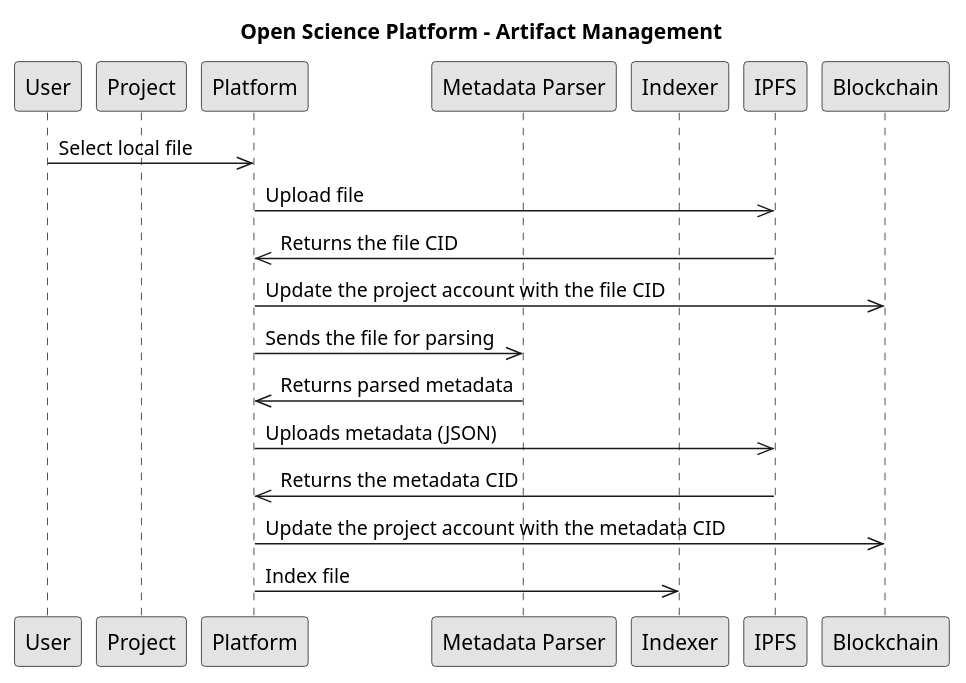
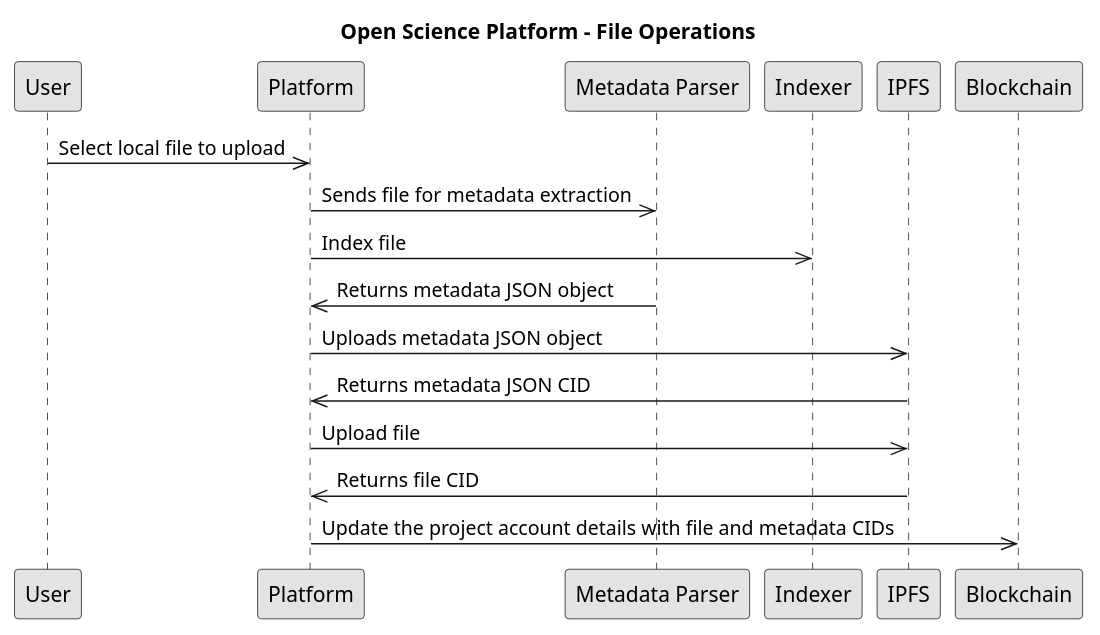
The diagram in diagrams/plantUML/c4_platform_operations_2.wsd (OliveiraEdu/d-OSP), drawn with PlantUML before and after one commit. The commit also changed 10 other files, not shown here.

Commit message:
1 - Updating artifact.tex 2 - Inserting new C4 PlantUML diagrams

```diff
--- a/diagrams/plantUML/c4_platform_operations_2.wsd
+++ b/diagrams/plantUML/c4_platform_operations_2.wsd
@@ -1,26 +1,26 @@
 @startuml
 
 skinparam monochrome true
 
-title Open Science Platform - Artifact Management
+title Open Science Platform - File Operations
 
 participant User as "User"
-participant Project as "Project"
 participant Platform as "Platform"
 participant Parser as "Metadata Parser"
 participant Indexer as "Indexer"
 participant IPFS as "IPFS"
 participant Blockchain as "Blockchain"
 
-User ->> Platform: Select local file
+User ->> Platform: Select local file to upload
+Platform ->> Parser: Sends file for metadata extraction
+Platform ->> Indexer: Index file
+Parser ->> Platform: Returns metadata JSON object
+Platform ->> IPFS: Uploads metadata JSON object
+IPFS ->> Platform: Returns metadata JSON CID
 Platform ->> IPFS: Upload file
-IPFS ->> Platform: Returns the file CID
-Platform ->> Blockchain: Update the project account with the file CID
-Platform ->> Parser: Sends the file for parsing
-Parser ->> Platform: Returns parsed metadata
-Platform ->> IPFS: Uploads metadata (JSON)
-IPFS ->> Platform: Returns the metadata CID
-Platform ->> Blockchain: Update the project account with the metadata CID
-Platform ->> Indexer: Index file
+IPFS ->> Platform: Returns file CID
+
+Platform ->> Blockchain: Update the project account details with file and metadata CIDs
+
 
 @enduml
```
